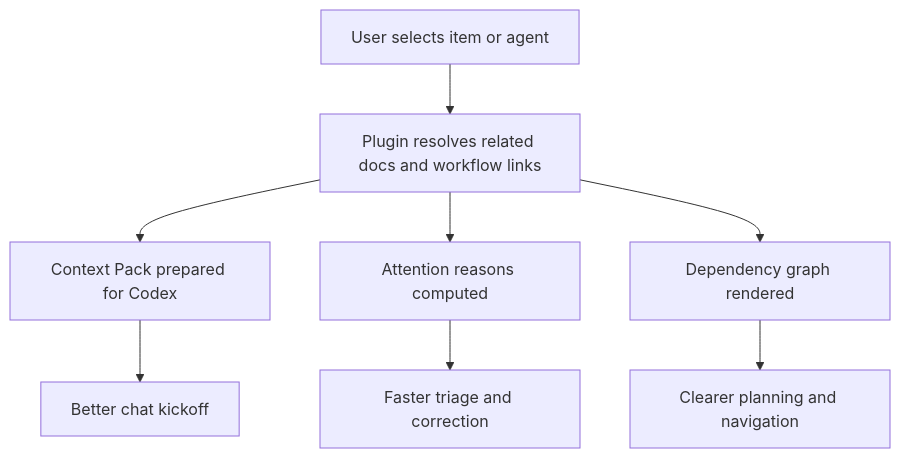
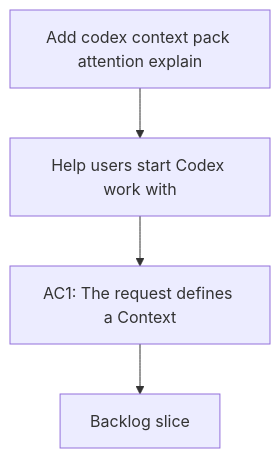
One commit to AlexAgo83/logics-manager changed the diagram in logics/request/req_056_add_codex_context_pack_attention_explain_and_dependency_map.md. Above: the diagram before and after it, drawn with Mermaid. The commit also changed 481 other files, not shown here.

Commit message:
Normalize Logics docs and workflow indicators

````diff
--- a/logics/request/req_056_add_codex_context_pack_attention_explain_and_dependency_map.md
+++ b/logics/request/req_056_add_codex_context_pack_attention_explain_and_dependency_map.md
@@ -30,11 +30,8 @@
 ```mermaid
+%% logics-kind: request
 %% logics-signature: request|add-codex-context-pack-attention-explain|help-users-start-codex-work-with|ac1-the-request-defines-a-context
 flowchart TD
-    A[User selects item or agent] --> B[Plugin resolves related docs and workflow links]
-    B --> C[Context Pack prepared for Codex]
-    B --> D[Attention reasons computed]
-    B --> E[Dependency graph rendered]
-    C --> F[Better chat kickoff]
-    D --> G[Faster triage and correction]
-    E --> H[Clearer planning and navigation]
+    Trigger[Add codex context pack attention explain] --> Need[Help users start Codex work with]
+    Need --> Outcome[AC1: The request defines a Context]
+    Outcome --> Backlog[Backlog slice]
 ```
````
